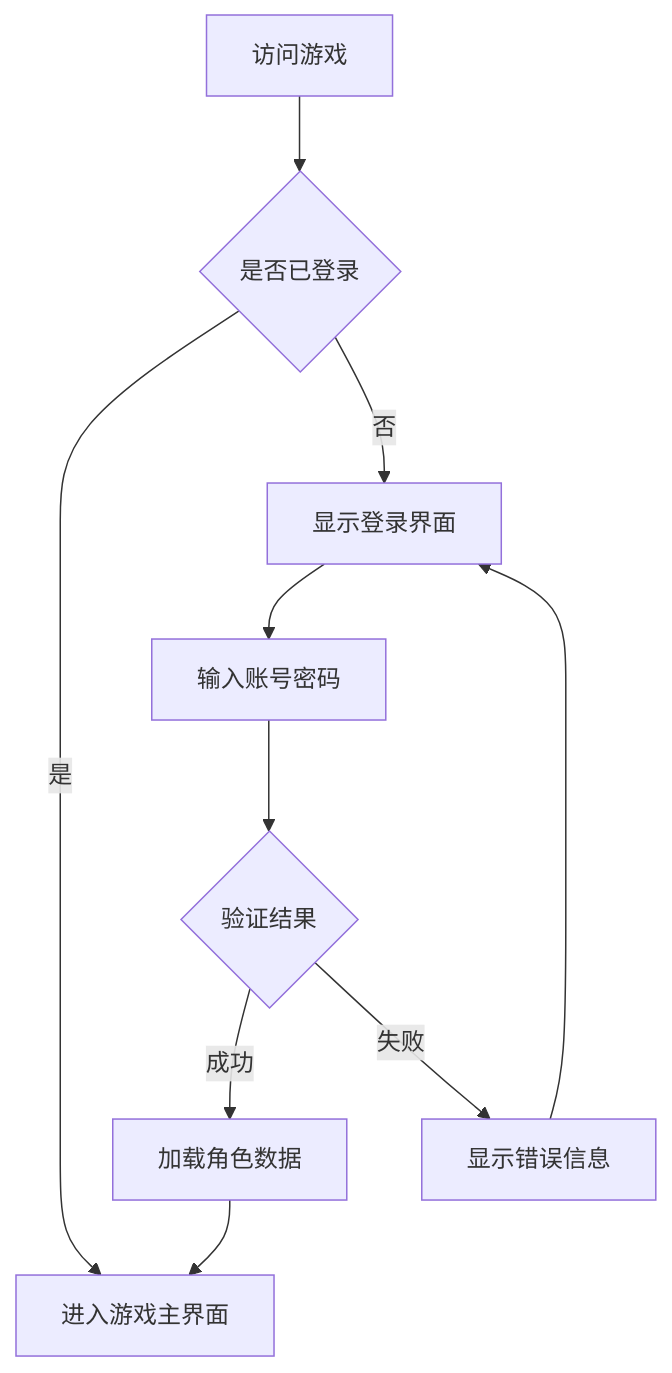
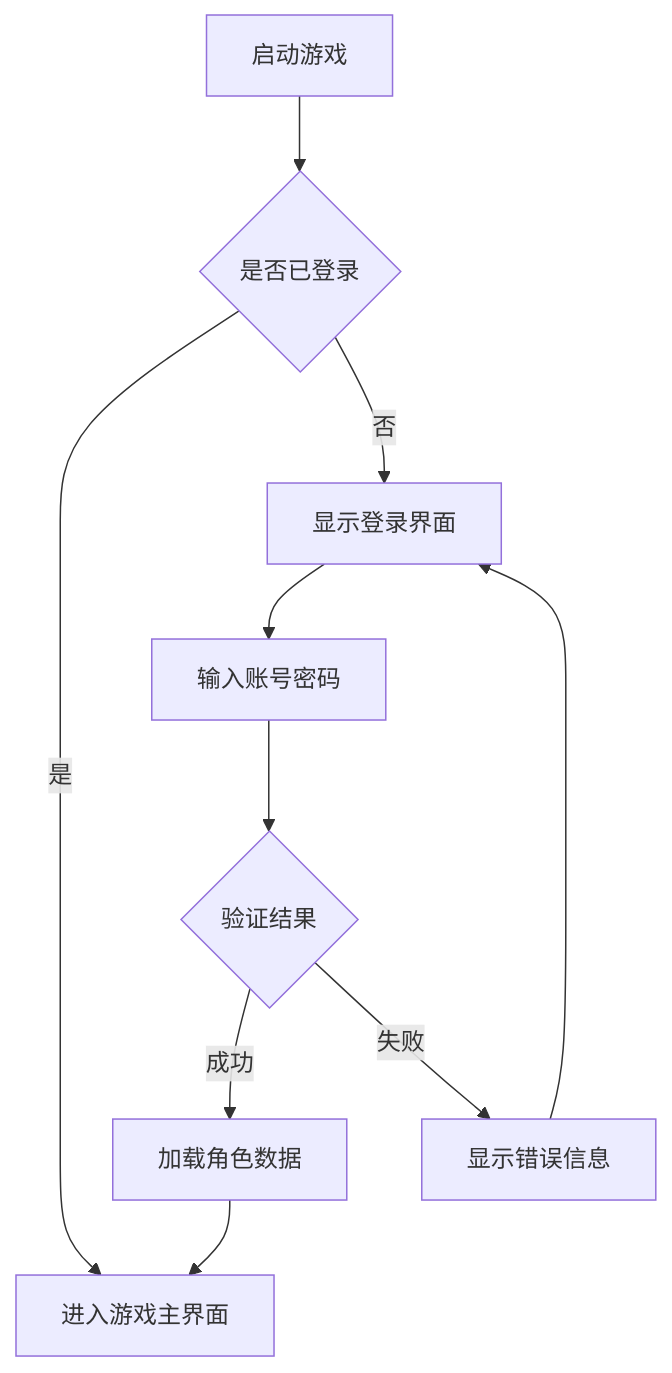
One commit to yingsiqi/Immortality changed the first of 3 diagrams in doc/design/ui-ux/interaction.md. Above: the diagram before and after it, drawn with Mermaid. The commit also changed other lines of this file and 25 other files, not shown here.

````diff
--- a/doc/design/ui-ux/interaction.md
+++ b/doc/design/ui-ux/interaction.md
@@ -24,12 +24,12 @@
 ```mermaid
 flowchart TD
-    A[访问游戏] --> B{是否已登录}
+    A[启动游戏] --> B{是否已登录}
     B -->|是| C[进入游戏主界面]
     B -->|否| D[显示登录界面]
     D --> E[输入账号密码]
     E --> F{验证结果}
     F -->|成功| G[加载角色数据]
     F -->|失败| H[显示错误信息]
     H --> D
     G --> C
 ```
````
